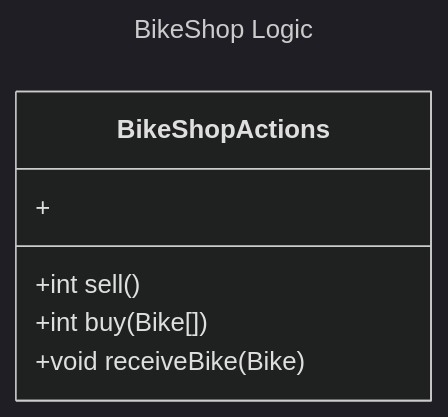
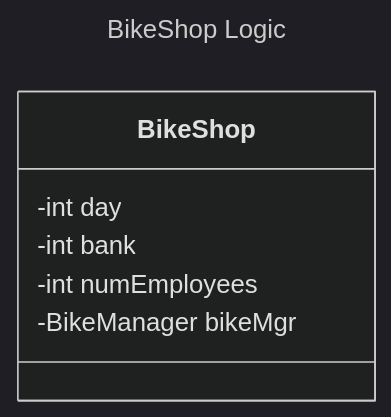
The first of 5 diagrams in docs/readMe.md (JoeJoe-C/oose_2), drawn with Mermaid (dark theme) before and after one commit. The commit also changed other lines of this file and 2 other files, not shown here.

Commit message:
Added UML logic and attempt addition

````diff
--- a/docs/readMe.md
+++ b/docs/readMe.md
@@ -204,14 +204,15 @@
 ```mermaid
 ---
 title: BikeShop Logic
 ---
 
 classDiagram
     
-    class BikeShopActions {
-        +int sell()
-        +int buy(Bike[])
-        +void receiveBike(Bike) 
-        + 
+    class BikeShop {
+        -int day
+        -int bank
+        -int numEmployees
+        -BikeManager bikeMgr
+        
     }
 ```
````
